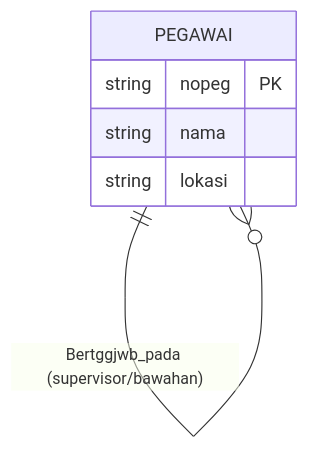
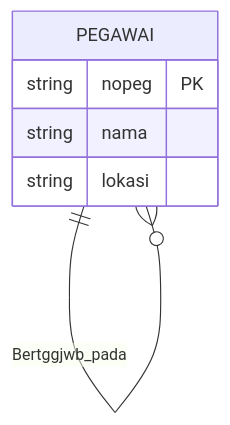
Before and after one commit to mroczect/lectures: the fifth of 12 diagrams in docs/v1/courses/rpl106-pengantar-basis-data/2026-09-08_rpl106_pengantar-basis-data_er-diagram.mdx, drawn with Mermaid. The commit also changed other lines of this file and 32 other files, not shown here.

````diff
--- a/docs/v1/courses/rpl106-pengantar-basis-data/2026-09-08_rpl106_pengantar-basis-data_er-diagram.mdx
+++ b/docs/v1/courses/rpl106-pengantar-basis-data/2026-09-08_rpl106_pengantar-basis-data_er-diagram.mdx
@@ -354,10 +265,10 @@
 ```mermaid
 erDiagram
-    PEGAWAI ||--o{ PEGAWAI : "Bertggjwb_pada (supervisor/bawahan)"
+    PEGAWAI ||--o{ PEGAWAI : "Bertggjwb_pada"
 
     PEGAWAI {
         string nopeg PK
         string nama
         string lokasi
     }
 ```
````
